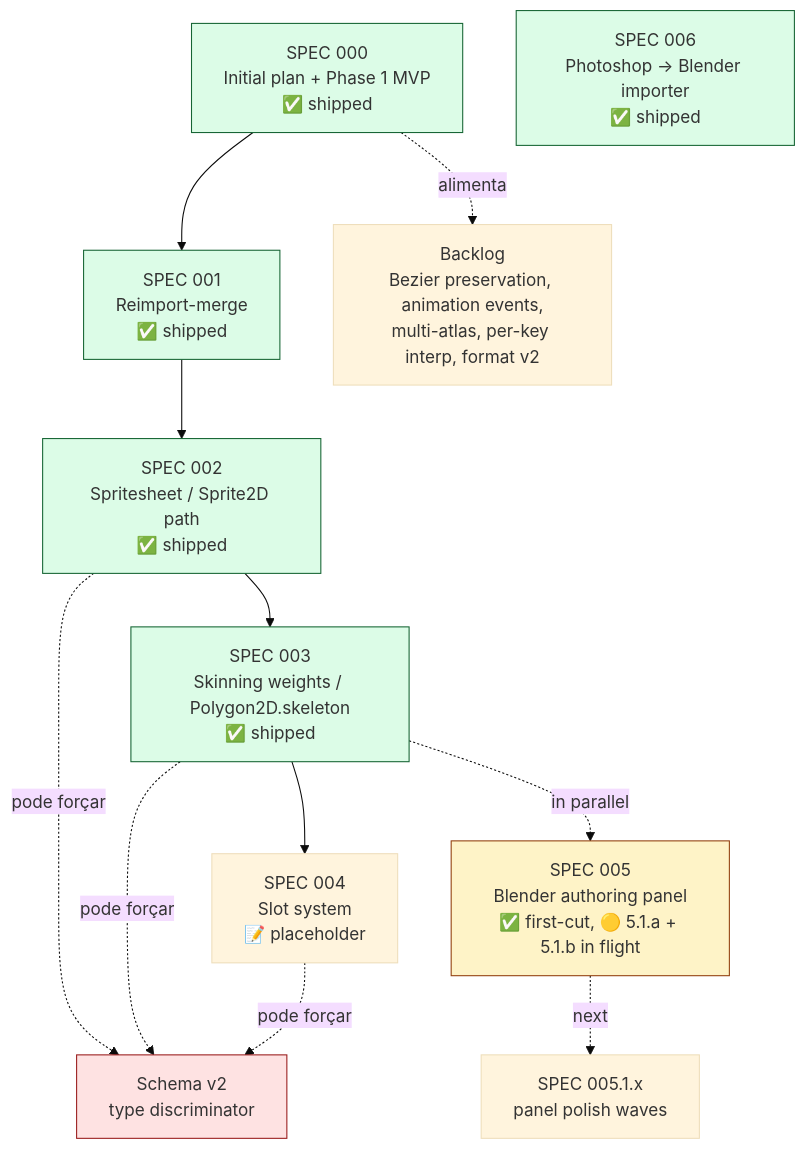
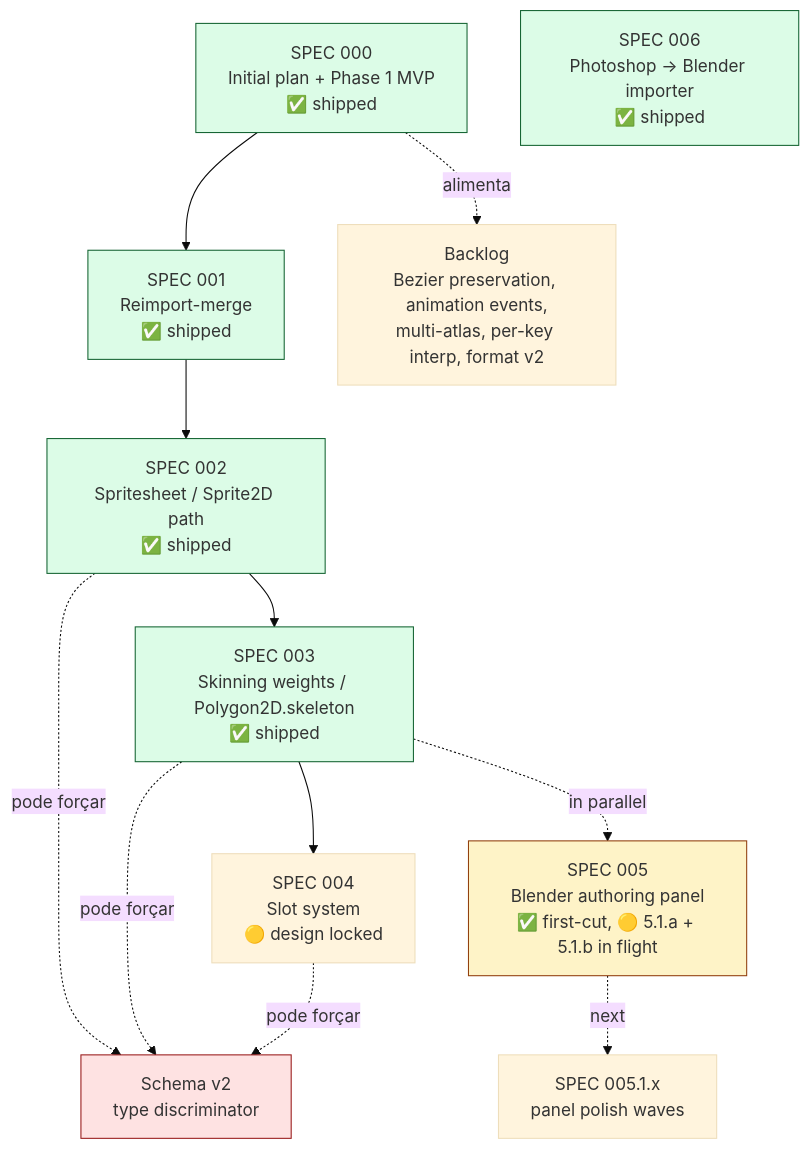
The fourth of 5 diagrams in STATUS.md (Space-Wizard-Studios/firebound-proscenio), drawn with Mermaid (base theme) before and after one commit. The commit also changed other lines of this file and 3 other files, not shown here.

````diff
--- a/STATUS.md
+++ b/STATUS.md
@@ -136,34 +138,34 @@
 ```mermaid
 flowchart TB
     S0[SPEC 000<br/>Initial plan + Phase 1 MVP<br/>✅ shipped]
     S1[SPEC 001<br/>Reimport-merge<br/>✅ shipped]
     S2[SPEC 002<br/>Spritesheet / Sprite2D path<br/>✅ shipped]
     S3[SPEC 003<br/>Skinning weights / Polygon2D.skeleton<br/>✅ shipped]
-    S4[SPEC 004<br/>Slot system<br/>📝 placeholder]
+    S4[SPEC 004<br/>Slot system<br/>🟡 design locked]
     S5[SPEC 005<br/>Blender authoring panel<br/>✅ first-cut, 🟡 5.1.a + 5.1.b in flight]
     S6[SPEC 006<br/>Photoshop → Blender importer<br/>✅ shipped]
 
     BACKLOG[Backlog<br/>Bezier preservation, animation events,<br/>multi-atlas, per-key interp, format v2]
 
     S0 --> S1
     S1 --> S2
     S2 --> S3
     S3 --> S4
     S3 -.in parallel.-> S5
 
     S0 -.alimenta.-> BACKLOG
     S2 -.pode forçar.-> SCHEMA_V2[Schema v2<br/>type discriminator]
     S3 -.pode forçar.-> SCHEMA_V2
     S4 -.pode forçar.-> SCHEMA_V2
 
     style S0 fill:#dcfce7,stroke:#166534
     style S1 fill:#dcfce7,stroke:#166534
     style S2 fill:#dcfce7,stroke:#166534
     style S3 fill:#dcfce7,stroke:#166534
     style S5 fill:#fef3c7,stroke:#92400e
     style S6 fill:#dcfce7,stroke:#166534
     style SCHEMA_V2 fill:#fee2e2,stroke:#991b1b
 
     NEXTWAVE[SPEC 005.1.x<br/>panel polish waves]
     S5 -.next.-> NEXTWAVE
 ```
````
